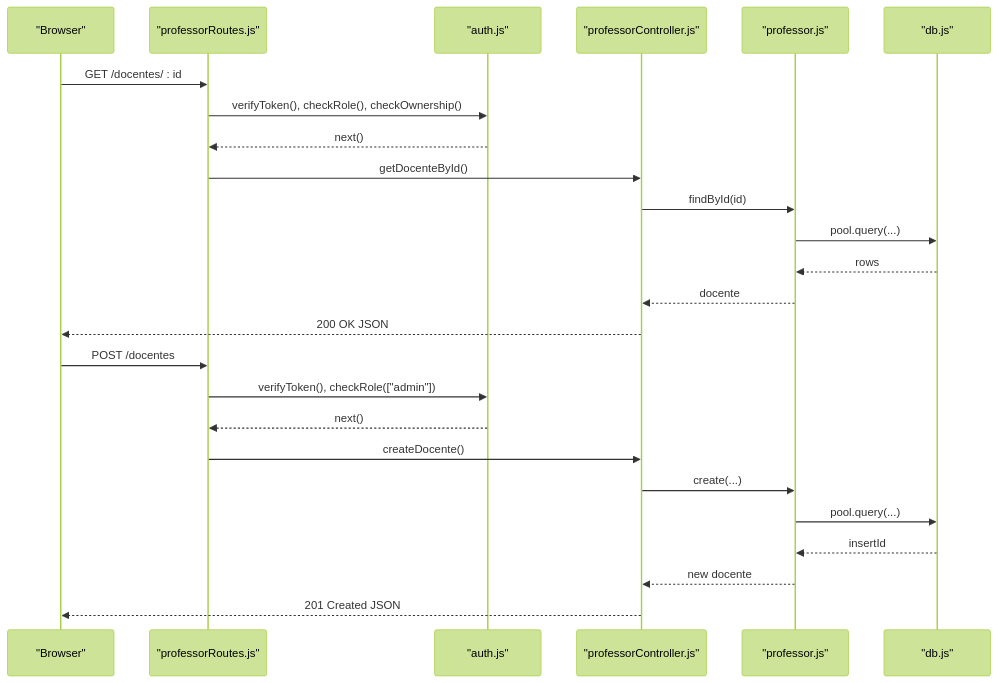
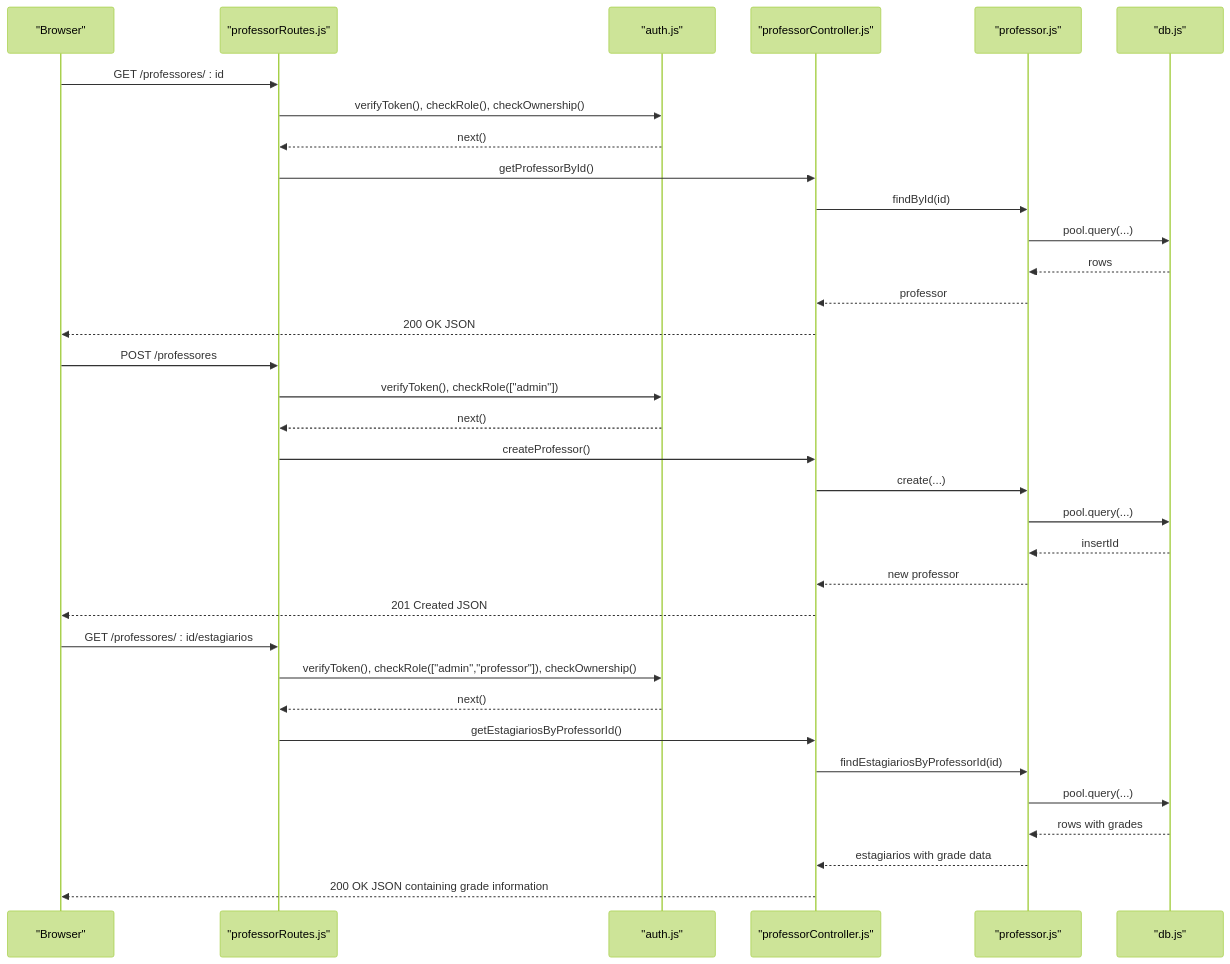
One commit to luiseduacosta/nodemural changed the second of 6 diagrams in .qoder/repowiki/en/content/Core Features Implementation/Professor Management.md. Above: the diagram before and after it, drawn with Mermaid (forest theme). The commit also changed other lines of this file and 27 other files, not shown here.

````diff
--- a/.qoder/repowiki/en/content/Core Features Implementation/Professor Management.md
+++ b/.qoder/repowiki/en/content/Core Features Implementation/Professor Management.md
@@ -119,27 +137,36 @@
 ```mermaid
 sequenceDiagram
 participant Browser as "Browser"
 participant Router as "professorRoutes.js"
 participant MW as "auth.js"
 participant Ctrl as "professorController.js"
 participant Model as "professor.js"
 participant DB as "db.js"
-Browser->>Router : GET /docentes/ : id
+Browser->>Router : GET /professores/ : id
 Router->>MW : verifyToken(), checkRole(), checkOwnership()
 MW-->>Router : next()
-Router->>Ctrl : getDocenteById()
+Router->>Ctrl : getProfessorById()
 Ctrl->>Model : findById(id)
 Model->>DB : pool.query(...)
 DB-->>Model : rows
-Model-->>Ctrl : docente
+Model-->>Ctrl : professor
 Ctrl-->>Browser : 200 OK JSON
-Browser->>Router : POST /docentes
+Browser->>Router : POST /professores
 Router->>MW : verifyToken(), checkRole(["admin"])
 MW-->>Router : next()
-Router->>Ctrl : createDocente()
+Router->>Ctrl : createProfessor()
 Ctrl->>Model : create(...)
 Model->>DB : pool.query(...)
 DB-->>Model : insertId
-Model-->>Ctrl : new docente
+Model-->>Ctrl : new professor
 Ctrl-->>Browser : 201 Created JSON
+Browser->>Router : GET /professores/ : id/estagiarios
+Router->>MW : verifyToken(), checkRole(["admin","professor"]), checkOwnership()
+MW-->>Router : next()
+Router->>Ctrl : getEstagiariosByProfessorId()
+Ctrl->>Model : findEstagiariosByProfessorId(id)
+Model->>DB : pool.query(...)
+DB-->>Model : rows with grades
+Model-->>Ctrl : estagiarios with grade data
+Ctrl-->>Browser : 200 OK JSON containing grade information
 ```
````
